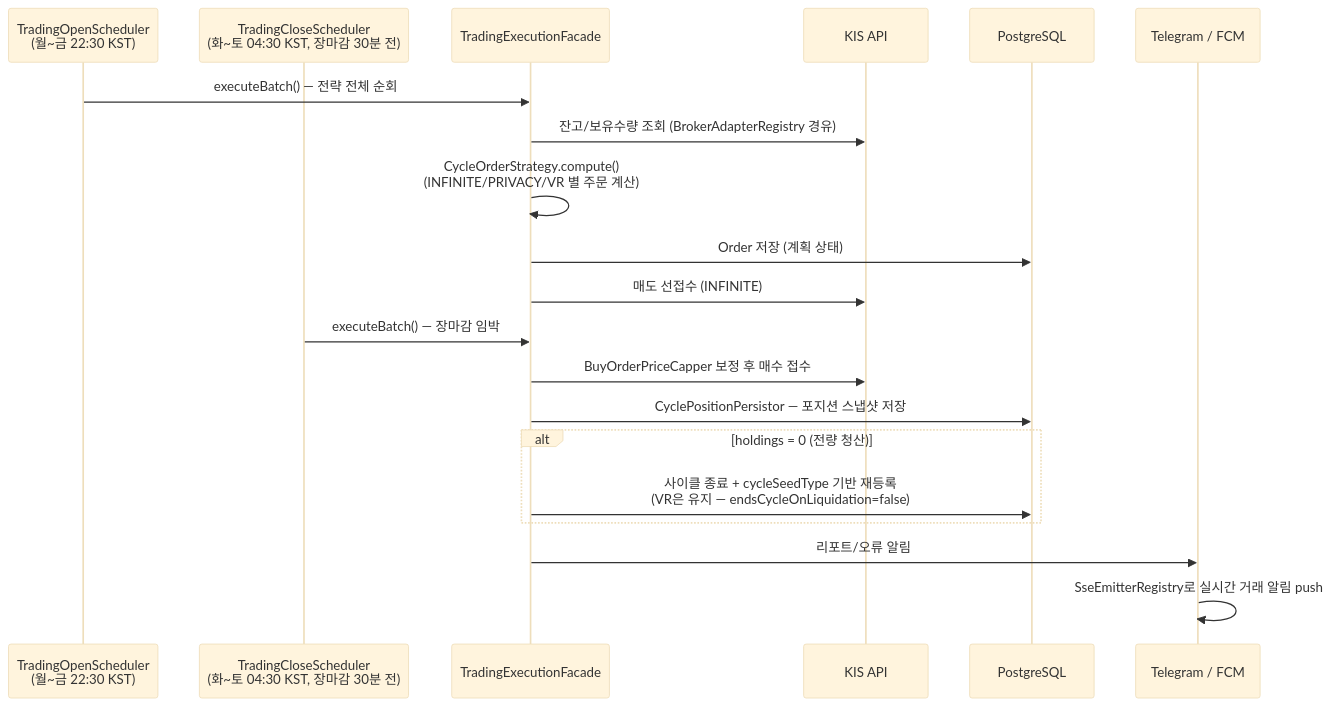
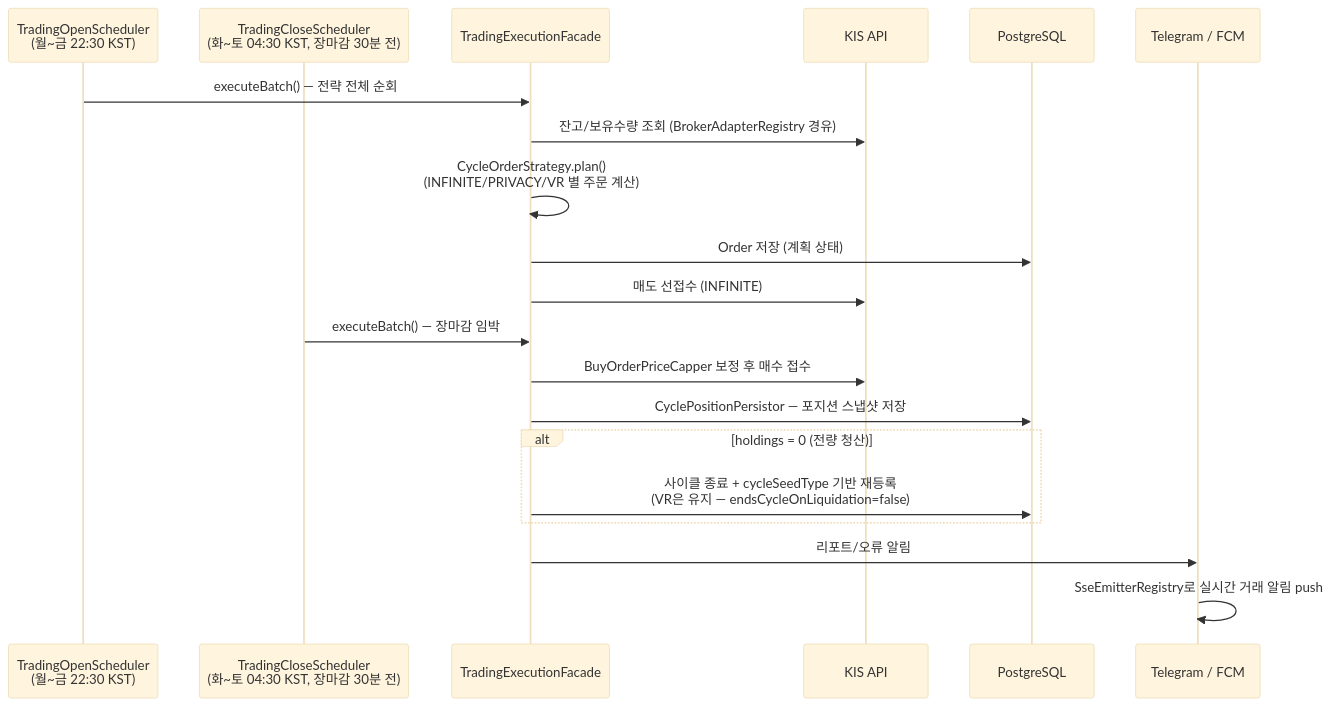
The second of 3 diagrams in README.md (narafu/kista-api), drawn with Mermaid (base theme) before and after one commit. The commit also changed other lines of this file and 5 other files, not shown here.

````diff
--- a/README.md
+++ b/README.md
@@ -61,24 +61,24 @@
 ```mermaid
 sequenceDiagram
     participant S1 as TradingOpenScheduler<br/>(월~금 22:30 KST)
     participant S2 as TradingCloseScheduler<br/>(화~토 04:30 KST, 장마감 30분 전)
     participant TF as TradingExecutionFacade
     participant KIS as KIS API
     participant DB as PostgreSQL
     participant Noti as Telegram / FCM
 
     S1->>TF: executeBatch() — 전략 전체 순회
     TF->>KIS: 잔고/보유수량 조회 (BrokerAdapterRegistry 경유)
-    TF->>TF: CycleOrderStrategy.compute()<br/>(INFINITE/PRIVACY/VR 별 주문 계산)
+    TF->>TF: CycleOrderStrategy.plan()<br/>(INFINITE/PRIVACY/VR 별 주문 계산)
     TF->>DB: Order 저장 (계획 상태)
     TF->>KIS: 매도 선접수 (INFINITE)
 
     S2->>TF: executeBatch() — 장마감 임박
     TF->>KIS: BuyOrderPriceCapper 보정 후 매수 접수
     TF->>DB: CyclePositionPersistor — 포지션 스냅샷 저장
     alt holdings = 0 (전량 청산)
         TF->>DB: 사이클 종료 + cycleSeedType 기반 재등록<br/>(VR은 유지 — endsCycleOnLiquidation=false)
     end
     TF->>Noti: 리포트/오류 알림
     Noti->>Noti: SseEmitterRegistry로 실시간 거래 알림 push
 ```
````
